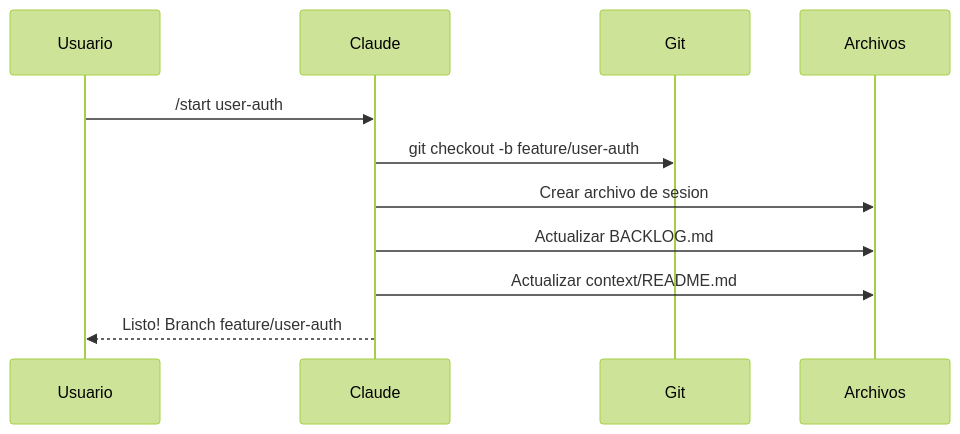
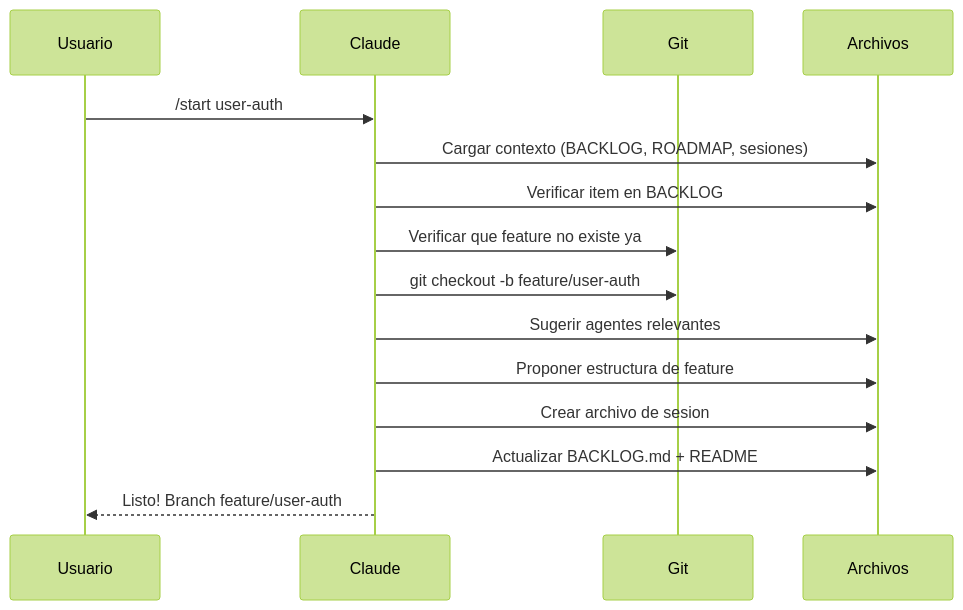
Before and after one commit to brujoh88/workflowIA: the second of 6 diagrams in README.es.md, drawn with Mermaid (forest theme). The commit also changed other lines of this file and 23 other files, not shown here.

````diff
--- a/README.es.md
+++ b/README.es.md
@@ -90,14 +111,18 @@
 ```mermaid
 sequenceDiagram
     participant U as Usuario
     participant C as Claude
     participant G as Git
     participant F as Archivos
 
     U->>C: /start user-auth
+    C->>F: Cargar contexto (BACKLOG, ROADMAP, sesiones)
+    C->>F: Verificar item en BACKLOG
+    C->>G: Verificar que feature no existe ya
     C->>G: git checkout -b feature/user-auth
+    C->>F: Sugerir agentes relevantes
+    C->>F: Proponer estructura de feature
     C->>F: Crear archivo de sesion
-    C->>F: Actualizar BACKLOG.md
-    C->>F: Actualizar context/README.md
+    C->>F: Actualizar BACKLOG.md + README
     C-->>U: Listo! Branch feature/user-auth
 ```
````
